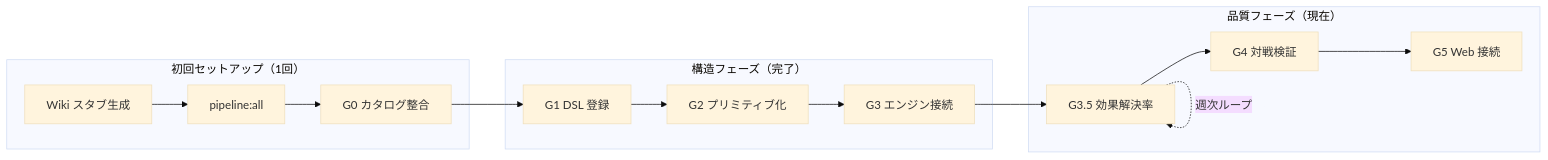
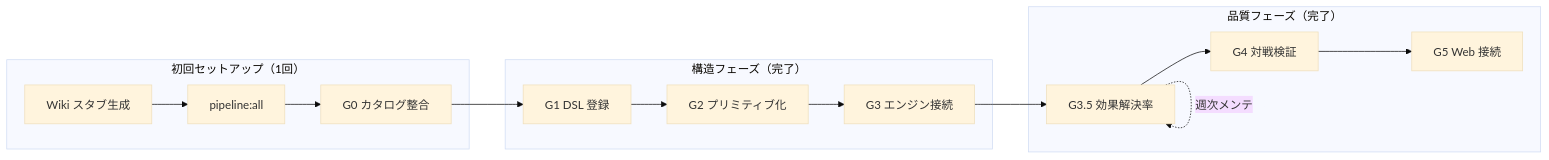
Before and after one commit to tsukasa19901012/rangers-strike: the first of 2 diagrams in docs/architecture/full-card-rollout-process.md, drawn with Mermaid (base theme). The commit also changed other lines of this file and 4 other files, not shown here.

First line of the commit message:
Sync architecture docs and README with G5 completion state.

````diff
--- a/docs/architecture/full-card-rollout-process.md
+++ b/docs/architecture/full-card-rollout-process.md
@@ -60,24 +60,24 @@
 ```mermaid
 flowchart LR
   subgraph once["初回セットアップ（1回）"]
     W[Wiki スタブ生成]
     P[pipeline:all]
     G0[G0 カタログ整合]
   end
 
   subgraph struct["構造フェーズ（完了）"]
     G1[G1 DSL 登録]
     G2[G2 プリミティブ化]
     G3[G3 エンジン接続]
   end
 
-  subgraph quality["品質フェーズ（現在）"]
+  subgraph quality["品質フェーズ（完了）"]
     G35[G3.5 効果解決率]
     G4[G4 対戦検証]
     G5[G5 Web 接続]
   end
 
   W --> P --> G0 --> G1 --> G2 --> G3
   G3 --> G35 --> G4 --> G5
-  G35 -.->|週次ループ| G35
+  G35 -.->|週次メンテ| G35
 ```
````
